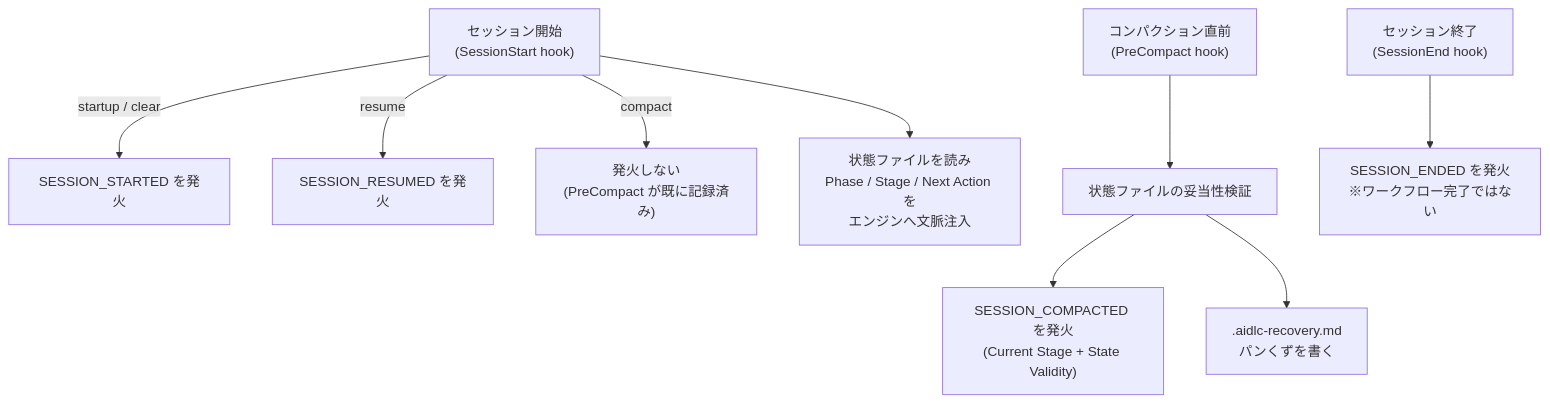
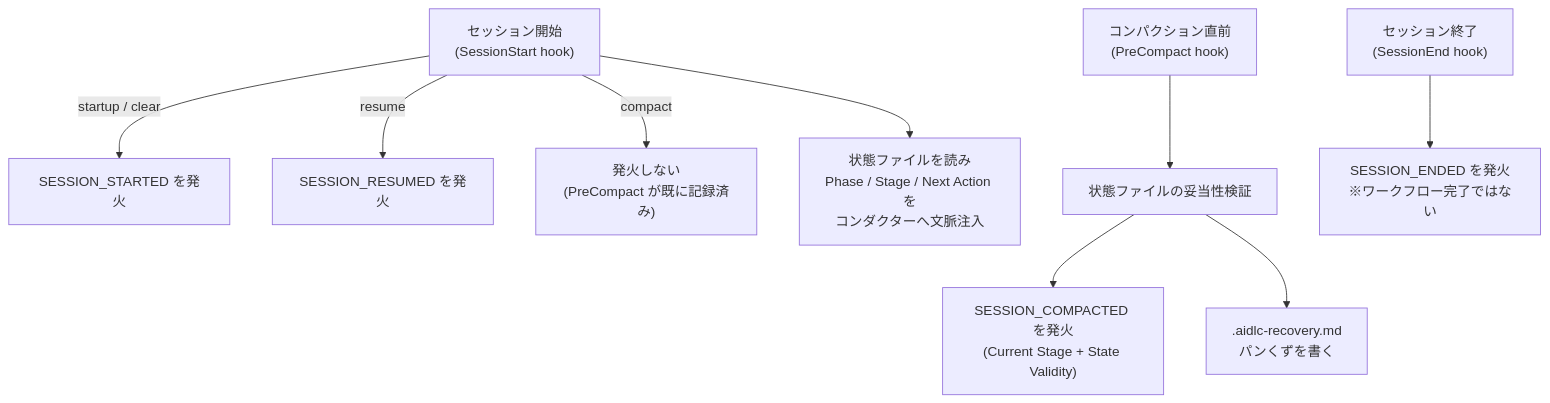
The diagram in public/aidlc-v2-16-state-and-audit.md (takeshishimada/qiita-docs), drawn with Mermaid before and after one commit. The commit also changed other lines of this file and 23 other files, not shown here.

````diff
--- a/public/aidlc-v2-16-state-and-audit.md
+++ b/public/aidlc-v2-16-state-and-audit.md
@@ -139,13 +139,13 @@
 ```mermaid
 flowchart TD
     start["セッション開始<br/>(SessionStart hook)"] -->|"startup / clear"| s1["SESSION_STARTED を発火"]
     start -->|"resume"| s2["SESSION_RESUMED を発火"]
     start -->|"compact"| s3["発火しない<br/>(PreCompact が既に記録済み)"]
-    start --> inject["状態ファイルを読み<br/>Phase / Stage / Next Action を<br/>エンジンへ文脈注入"]
+    start --> inject["状態ファイルを読み<br/>Phase / Stage / Next Action を<br/>コンダクターへ文脈注入"]
 
     compact["コンパクション直前<br/>(PreCompact hook)"] --> v1["状態ファイルの妥当性検証"]
     v1 --> v2["SESSION_COMPACTED を発火<br/>(Current Stage + State Validity)"]
     v1 --> v3[".aidlc-recovery.md<br/>パンくずを書く"]
 
     fin["セッション終了<br/>(SessionEnd hook)"] --> e1["SESSION_ENDED を発火<br/>※ワークフロー完了ではない"]
 ```
````
